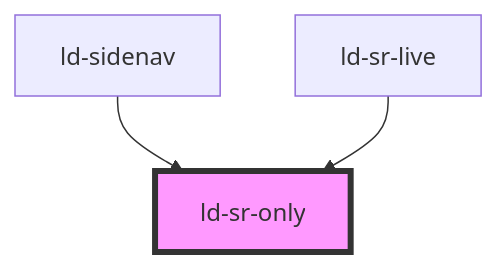
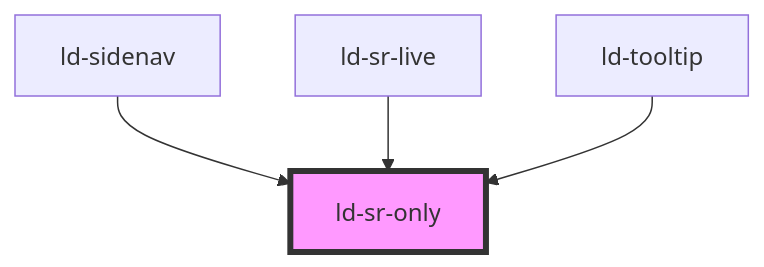
One commit to emdgroup-liquid/liquid changed the diagram in src/liquid/components/ld-sr-only/readme.md. Above: the diagram before and after it, drawn with Mermaid. The commit also changed other lines of this file and 65 other files, not shown here.

````diff
--- a/src/liquid/components/ld-sr-only/readme.md
+++ b/src/liquid/components/ld-sr-only/readme.md
@@ -50,6 +51,7 @@
 ```mermaid
 graph TD;
   ld-sidenav --> ld-sr-only
   ld-sr-live --> ld-sr-only
+  ld-tooltip --> ld-sr-only
   style ld-sr-only fill:#f9f,stroke:#333,stroke-width:4px
 ```
````
